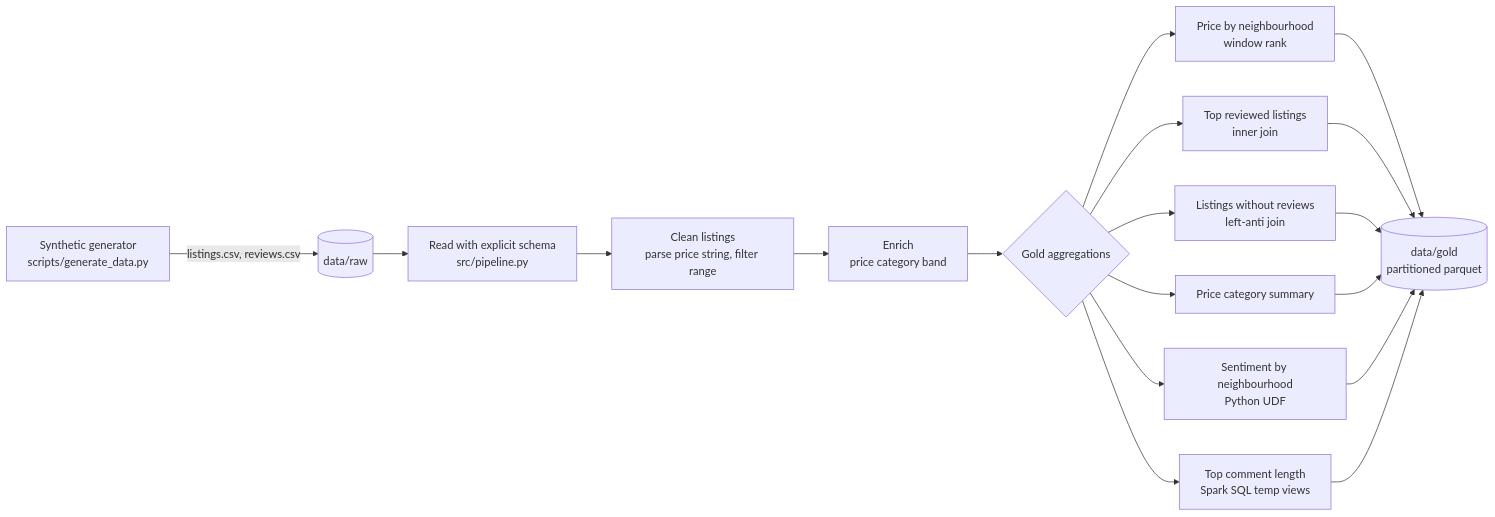
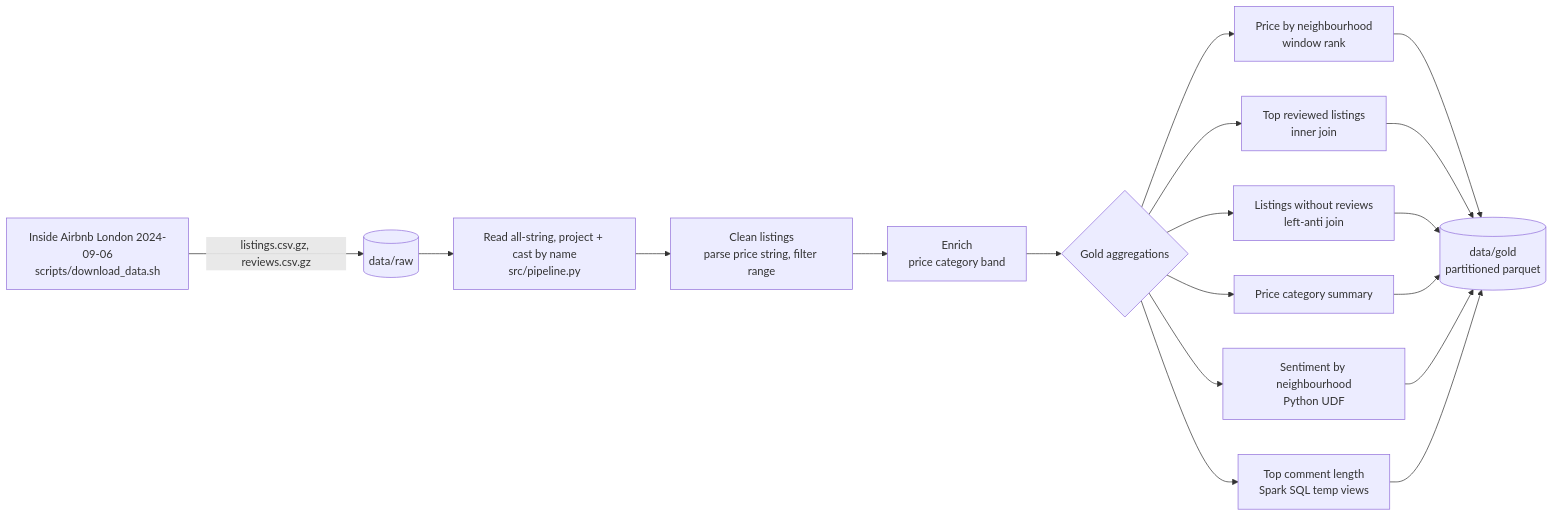
One commit to calebnewtonusc/pyspark-airbnb-analytics changed the diagram in README.md. Above: the diagram before and after it, drawn with Mermaid. The commit also changed other lines of this file and 5 other files, not shown here.

Commit message:
Run pipeline on real Inside Airbnb London dataset

````diff
--- a/README.md
+++ b/README.md
@@ -9,20 +9,20 @@
 ```mermaid
 flowchart LR
-    A[Synthetic generator<br/>scripts/generate_data.py] -->|listings.csv, reviews.csv| B[(data/raw)]
-    B --> C[Read with explicit schema<br/>src/pipeline.py]
+    A[Inside Airbnb London 2024-09-06<br/>scripts/download_data.sh] -->|listings.csv.gz, reviews.csv.gz| B[(data/raw)]
+    B --> C[Read all-string, project + cast by name<br/>src/pipeline.py]
     C --> D[Clean listings<br/>parse price string, filter range]
     D --> E[Enrich<br/>price category band]
     E --> F{Gold aggregations}
     F --> G[Price by neighbourhood<br/>window rank]
     F --> H[Top reviewed listings<br/>inner join]
     F --> I[Listings without reviews<br/>left-anti join]
     F --> J[Price category summary]
     F --> K[Sentiment by neighbourhood<br/>Python UDF]
     F --> L[Top comment length<br/>Spark SQL temp views]
     G --> M[(data/gold<br/>partitioned parquet)]
     H --> M
     I --> M
     J --> M
     K --> M
     L --> M
 ```
````
